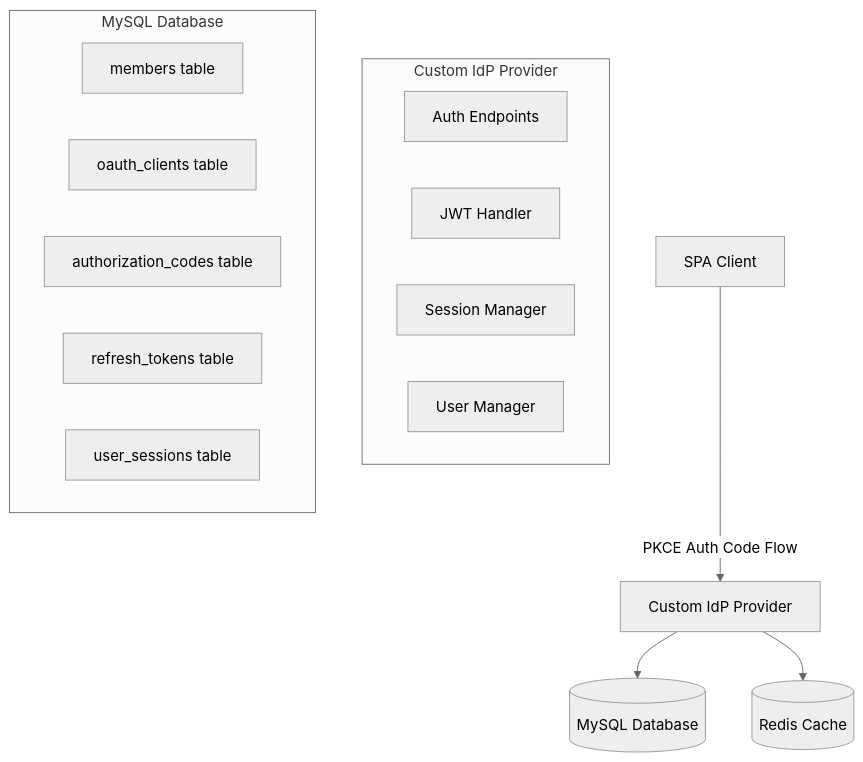
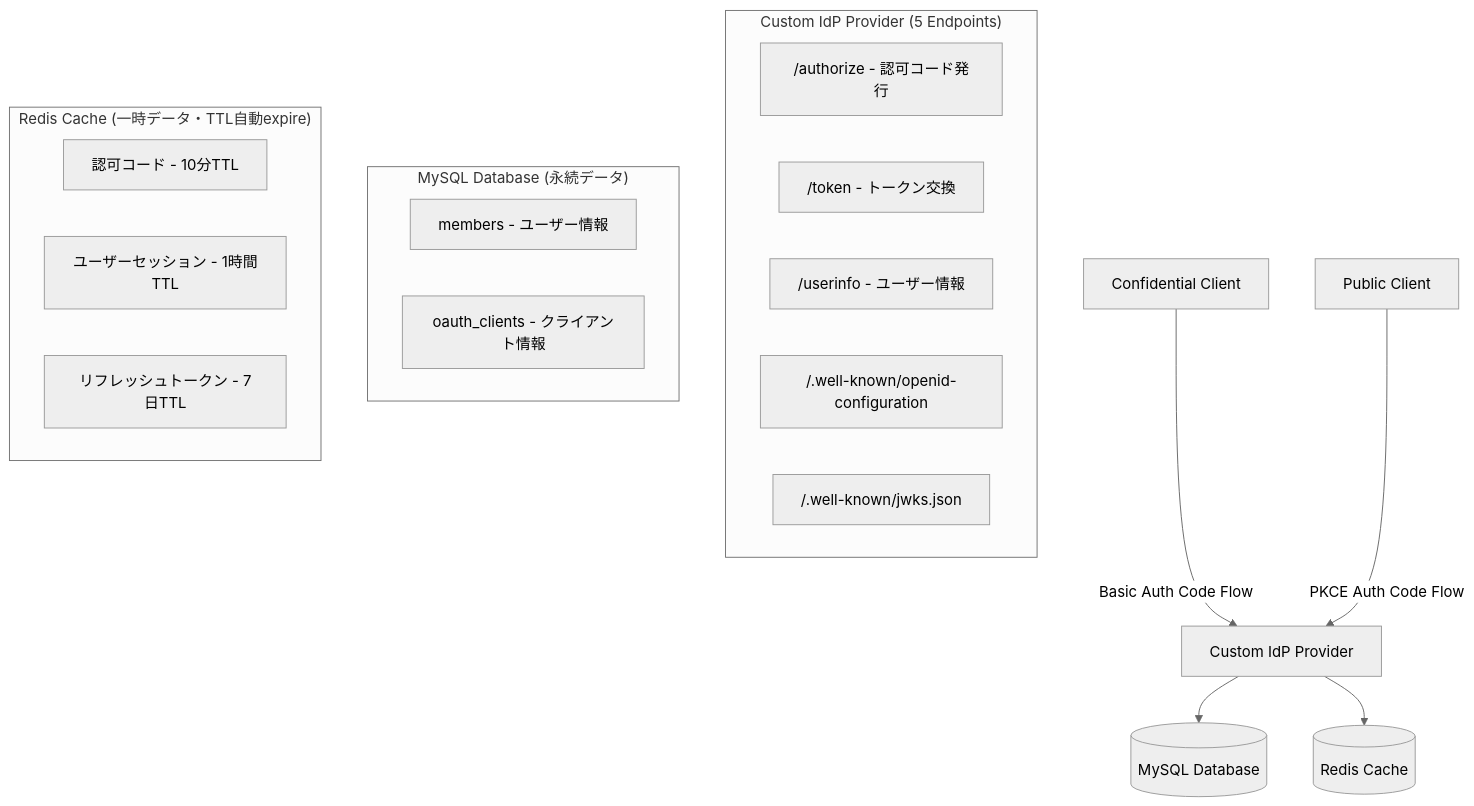
One commit to shukubota/idps changed the first of 3 diagrams in providers/custom/README.md. Above: the diagram before and after it, drawn with Mermaid (neutral theme). The commit also changed other lines of this file and 18 other files, not shown here.

````diff
--- a/providers/custom/README.md
+++ b/providers/custom/README.md
@@ -9,21 +25,26 @@
 ```mermaid
 graph TB
-    Client[SPA Client] --> |PKCE Auth Code Flow| IdP[Custom IdP Provider]
+    Client1[Confidential Client] --> |Basic Auth Code Flow| IdP[Custom IdP Provider]
+    Client2[Public Client] --> |PKCE Auth Code Flow| IdP
     IdP --> MySQL[(MySQL Database)]
     IdP --> Redis[(Redis Cache)]
     
-    subgraph "Custom IdP Provider"
-        Auth[Auth Endpoints]
-        JWT[JWT Handler]
-        Session[Session Manager]
-        User[User Manager]
+    subgraph "Custom IdP Provider (5 Endpoints)"
+        Auth["/authorize - 認可コード発行"]
+        Token["/token - トークン交換"]
+        UserInfo["/userinfo - ユーザー情報"]
+        Discovery["/.well-known/openid-configuration"]
+        JWKS["/.well-known/jwks.json"]
     end
     
-    subgraph "MySQL Database"
-        Members[members table]
-        Clients[oauth_clients table]
-        Codes[authorization_codes table]
-        Tokens[refresh_tokens table]
-        Sessions[user_sessions table]
+    subgraph "MySQL Database (永続データ)"
+        Members[members - ユーザー情報]
+        Clients[oauth_clients - クライアント情報]
+    end
+    
+    subgraph "Redis Cache (一時データ・TTL自動expire)"
+        AuthCodes[認可コード - 10分TTL]
+        Sessions[ユーザーセッション - 1時間TTL]
+        RefreshTokens[リフレッシュトークン - 7日TTL]
     end
 ```
````
